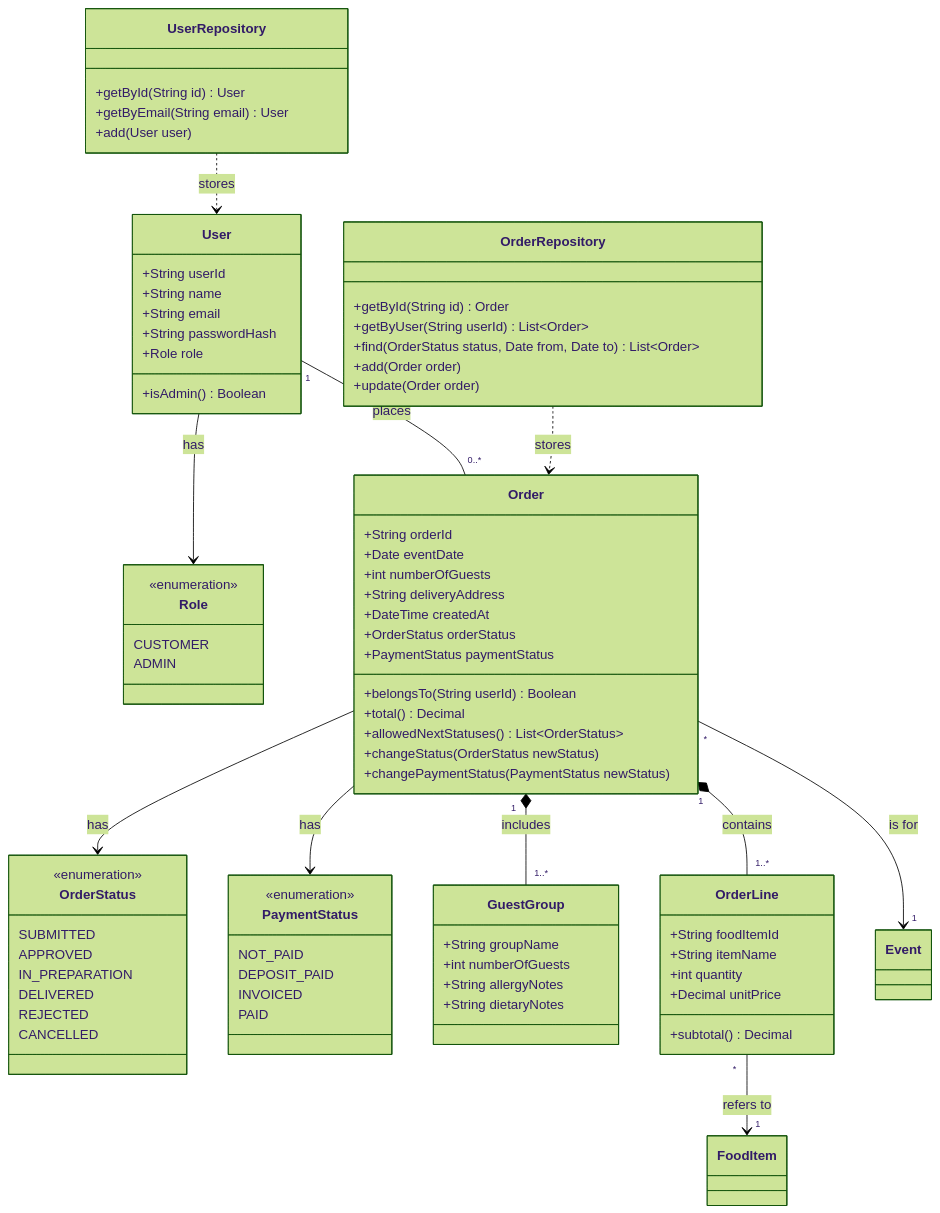
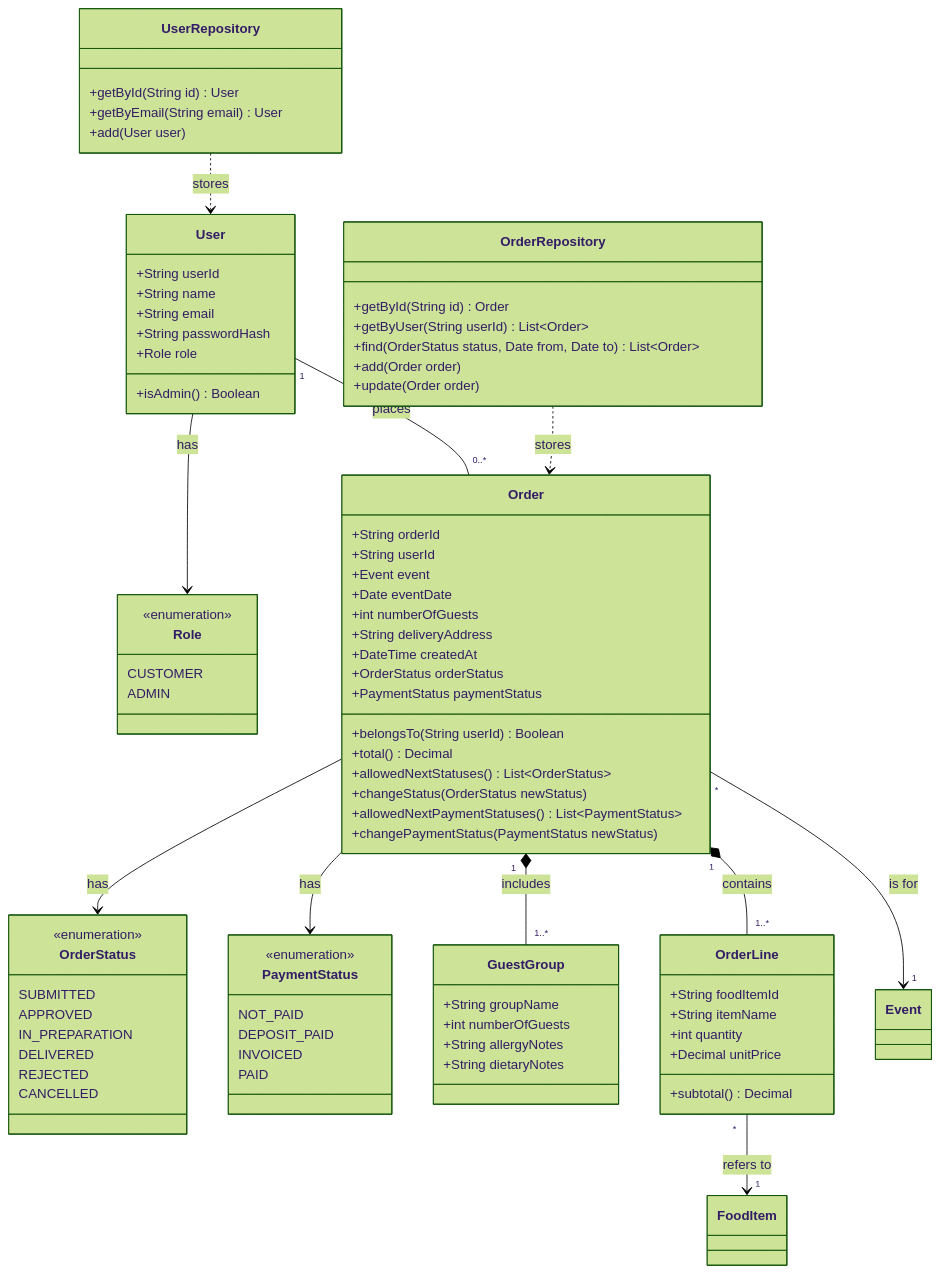
Before and after one commit to vikri8772/assignment4: the diagram in docs/plans/domain-orders-class.md, drawn with Mermaid (forest theme). The commit also changed 2 other files, not shown here.

Commit message:
Add Order domain class with order and payment status rules

```diff
--- a/docs/plans/domain-orders-class.md
+++ b/docs/plans/domain-orders-class.md
@@ -41,6 +41,8 @@
 
     class Order {
         +String orderId
+        +String userId
+        +Event event
         +Date eventDate
         +int numberOfGuests
         +String deliveryAddress
@@ -51,6 +53,7 @@
         +total() Decimal
         +allowedNextStatuses() List~OrderStatus~
         +changeStatus(OrderStatus newStatus)
+        +allowedNextPaymentStatuses() List~PaymentStatus~
         +changePaymentStatus(PaymentStatus newStatus)
     }
 
```
